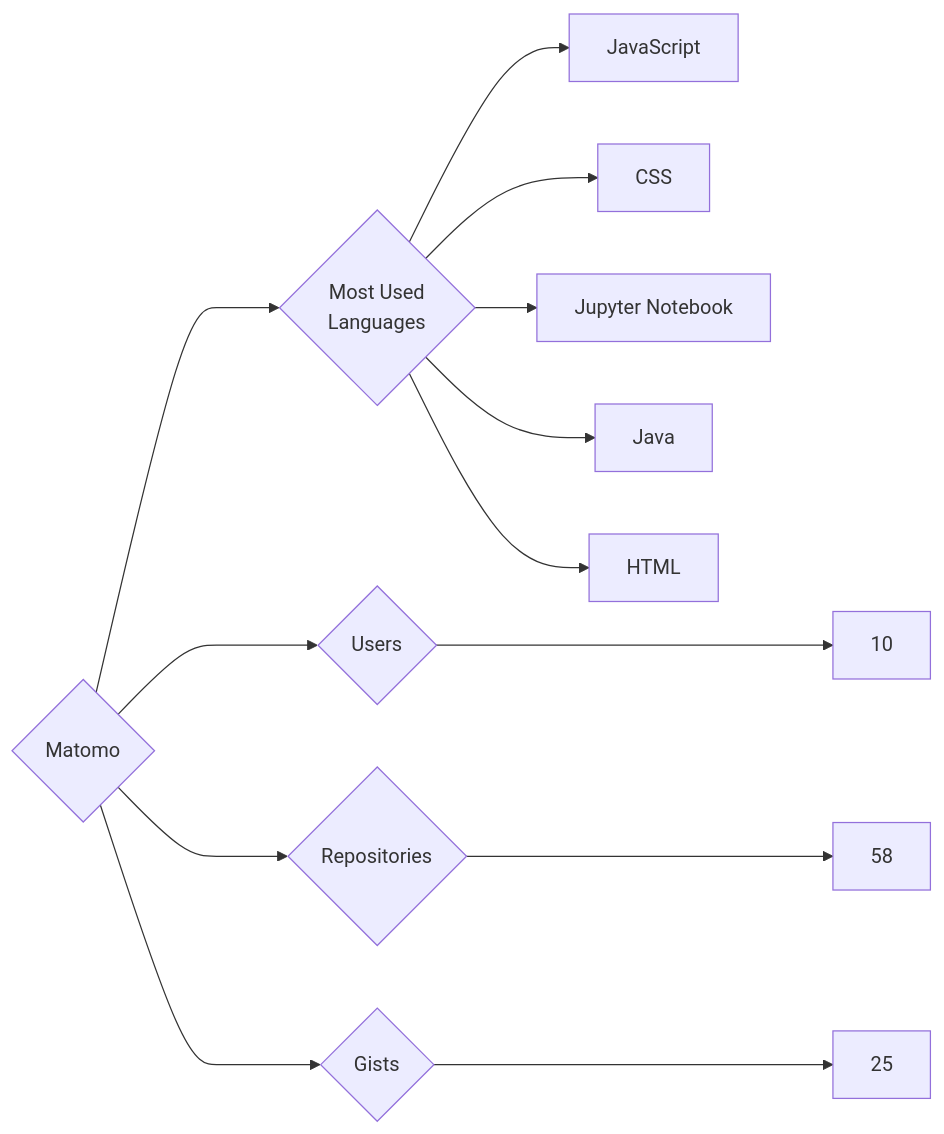
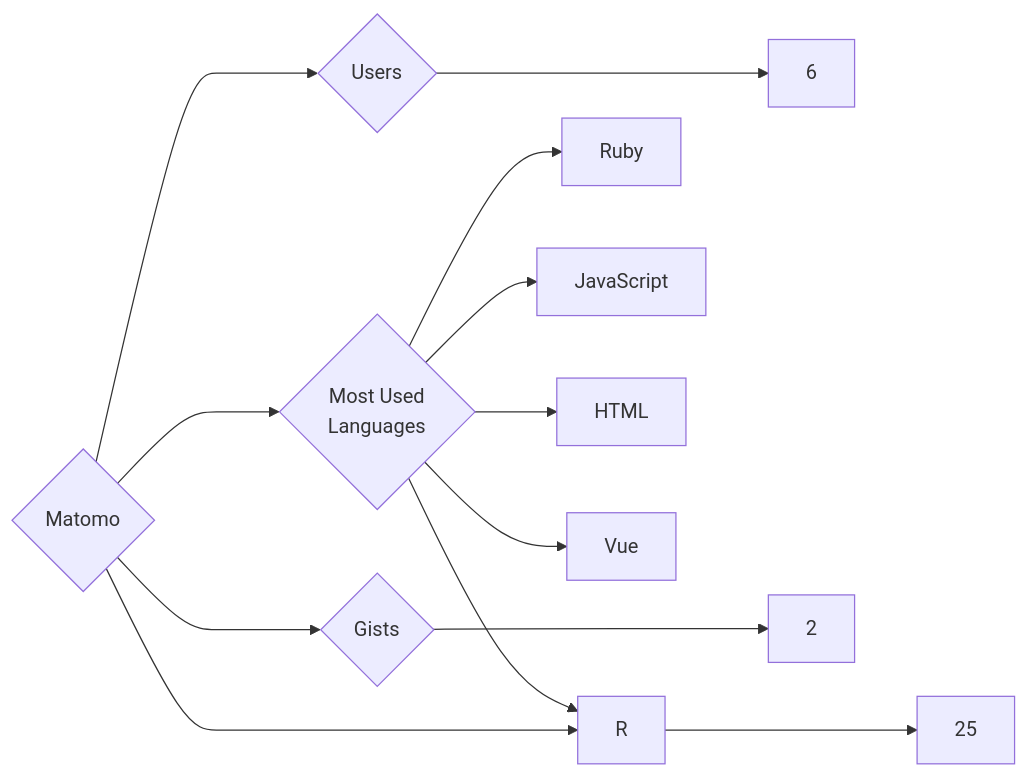
The diagram in targets/Matomo/README.md (trickest/insiders), drawn with Mermaid before and after one commit. The commit also changed 1508 other files, not shown here.

````diff
--- a/targets/Matomo/README.md
+++ b/targets/Matomo/README.md
@@ -3,13 +3,13 @@
 ```mermaid
 graph LR
 COMPANY_NAME{Matomo}
-COMPANY_NAME ---> U{Users} ---> UN[10]
-COMPANY_NAME ---> R{Repositories} ---> RN[58]
-COMPANY_NAME ---> G{Gists} ---> GN[25]
+COMPANY_NAME ---> U{Users} ---> UN[6]
+COMPANY_NAME ---> R{Repositories} ---> RN[25]
+COMPANY_NAME ---> G{Gists} ---> GN[2]
 COMPANY_NAME ---> ML{Most Used<br>Languages}
+ML --> Ruby[Ruby]
 ML --> JavaScript[JavaScript]
-ML --> CSS[CSS]
-ML --> Jupyter_Notebook[Jupyter Notebook]
-ML --> Java[Java]
+ML --> R[R]
 ML --> HTML[HTML]
+ML --> Vue[Vue]
 ```
````
